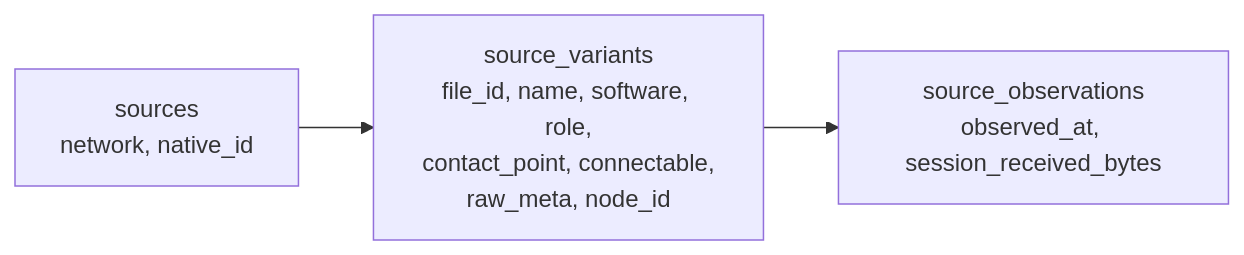
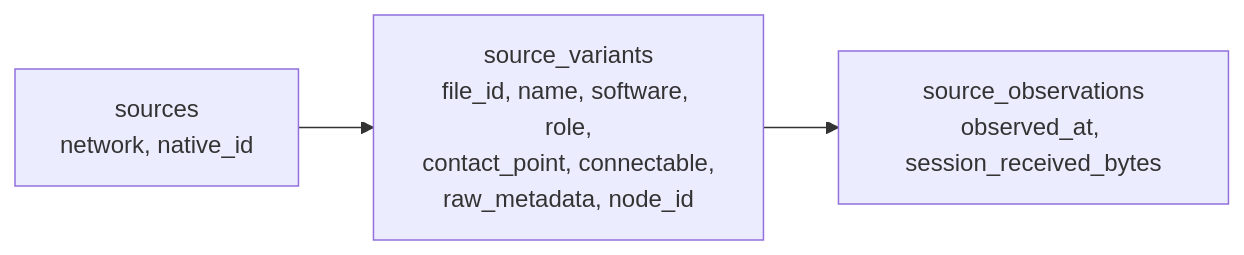
One commit to mission-titar/p2pwatch changed the tenth of 12 diagrams in docs/contributing/architecture.md. Above: the diagram before and after it, drawn with Mermaid. The commit also changed other lines of this file and 48 other files, not shown here.

````diff
--- a/docs/contributing/architecture.md
+++ b/docs/contributing/architecture.md
@@ -588,5 +591,5 @@
 ```mermaid
 flowchart LR
-  s["sources<br/>network, native_id"] --> v["source_variants<br/>file_id, name, software, role,<br/>contact_point, connectable,<br/>raw_meta, node_id"]
+  s["sources<br/>network, native_id"] --> v["source_variants<br/>file_id, name, software, role,<br/>contact_point, connectable,<br/>raw_metadata, node_id"]
   v --> o["source_observations<br/>observed_at, session_received_bytes"]
 ```
````
